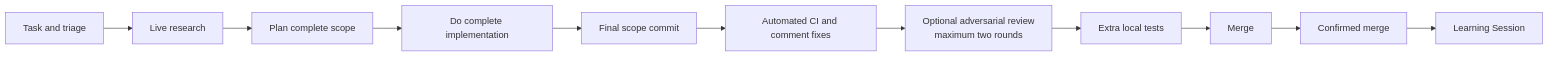
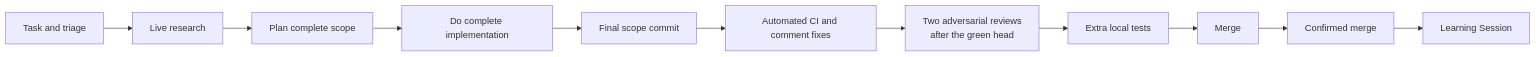
One commit to ShaftHQ/SHAFT_ENGINE changed the first of 13 diagrams in chaos-engine/README.md. Above: the diagram before and after it, drawn with Mermaid. The commit also changed other lines of this file and 20 other files, not shown here.

First line of the commit message:
fix(harness): adopt architect, PDCA, and two adversarial reviews

````diff
--- a/chaos-engine/README.md
+++ b/chaos-engine/README.md
@@ -54,15 +55,15 @@
 ```mermaid
 flowchart LR
     accTitle: ChaosEngine delivery loop
     accDescr: A task moves through Plan, Do, Check, Act, delivery, and one durable learning decision without microstep loops.
     T[Task and triage] --> R[Live research]
     R --> P[Plan complete scope]
     P --> D[Do complete implementation]
     D --> F[Final scope commit]
     F --> A[Automated CI and comment fixes]
-    A --> X[Optional adversarial review<br/>maximum two rounds]
+    A --> X[Two adversarial reviews<br/>after the green head]
     X --> V[Extra local tests]
     V --> G[Merge]
     G --> M[Confirmed merge]
     M --> L[Learning Session]
 ```
````
